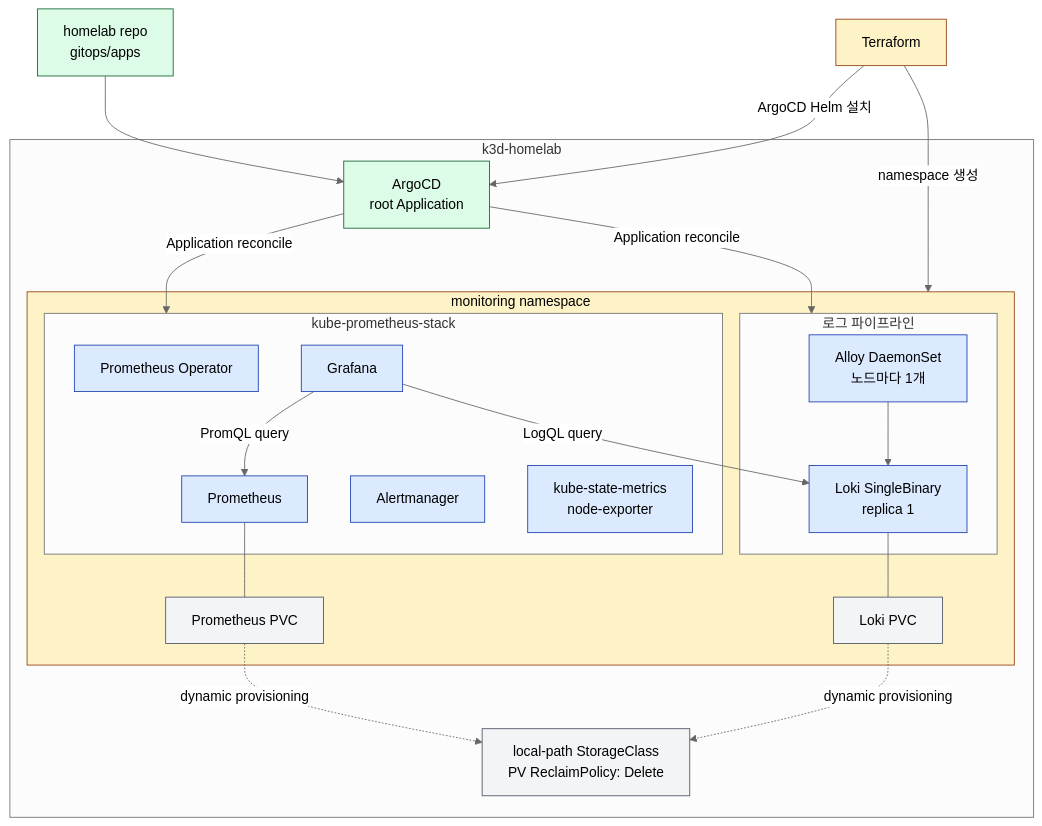
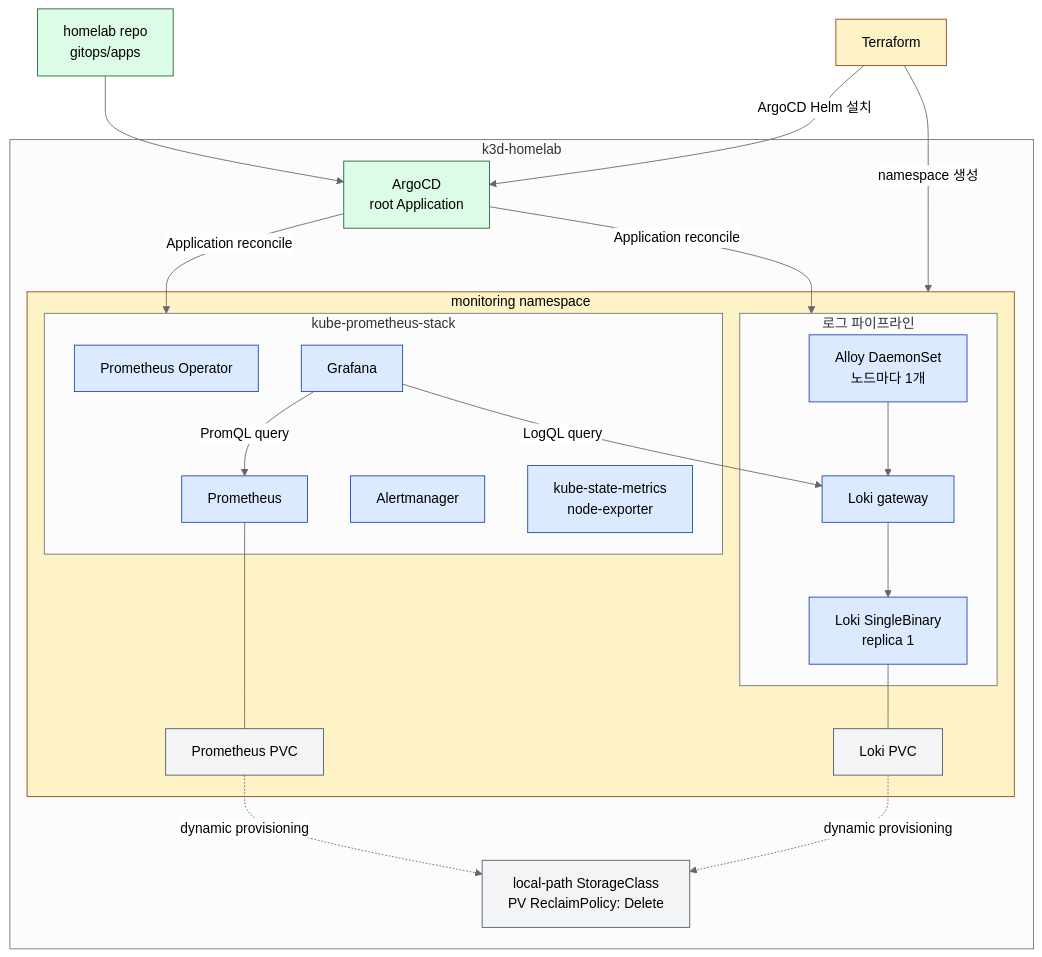
One commit to currenjin/currenjin.github.io changed diagram 14 of 14 in _wiki/homelab.md. Above: the diagram before and after it, drawn with Mermaid (neutral theme). The commit also changed other lines of this file, not shown here.

````diff
--- a/_wiki/homelab.md
+++ b/_wiki/homelab.md
@@ -573,50 +576,51 @@
 ```mermaid
 flowchart TB
   Git["homelab repo<br/>gitops/apps"]
   Terraform["Terraform"]
 
   subgraph Cluster["k3d-homelab"]
     Argo["ArgoCD<br/>root Application"]
     Storage["local-path StorageClass<br/>PV ReclaimPolicy: Delete"]
 
     subgraph NS["monitoring namespace"]
       subgraph Metrics["kube-prometheus-stack"]
         Operator["Prometheus Operator"]
         Prom["Prometheus"]
         Graf["Grafana"]
         Alert["Alertmanager"]
         Exporters["kube-state-metrics<br/>node-exporter"]
       end
 
       subgraph Logs["로그 파이프라인"]
         Alloy["Alloy DaemonSet<br/>노드마다 1개"]
+        Gateway["Loki gateway"]
         Loki["Loki SingleBinary<br/>replica 1"]
       end
 
       PromPVC["Prometheus PVC"]
       LokiPVC["Loki PVC"]
     end
   end
 
   Terraform --> |namespace 생성| NS
   Terraform --> |ArgoCD Helm 설치| Argo
   Git --> Argo
   Argo --> |Application reconcile| Metrics
   Argo --> |Application reconcile| Logs
   Prom --- PromPVC
   Loki --- LokiPVC
   PromPVC -. "dynamic provisioning" .-> Storage
   LokiPVC -. "dynamic provisioning" .-> Storage
   Graf --> |PromQL query| Prom
-  Graf --> |LogQL query| Loki
-  Alloy --> Loki
+  Graf --> |LogQL query| Gateway
+  Alloy --> Gateway --> Loki
 
   classDef infra fill:#fef3c7,stroke:#92400e,color:#000
   classDef gitops fill:#dcfce7,stroke:#166534,color:#000
   classDef observe fill:#dbeafe,stroke:#1e40af,color:#000
   classDef storage fill:#f3f4f6,stroke:#4b5563,color:#000
   class Terraform,NS infra
   class Git,Argo gitops
-  class Operator,Prom,Graf,Alert,Exporters,Alloy,Loki observe
+  class Operator,Prom,Graf,Alert,Exporters,Alloy,Gateway,Loki observe
   class PromPVC,LokiPVC,Storage storage
 ```
````
